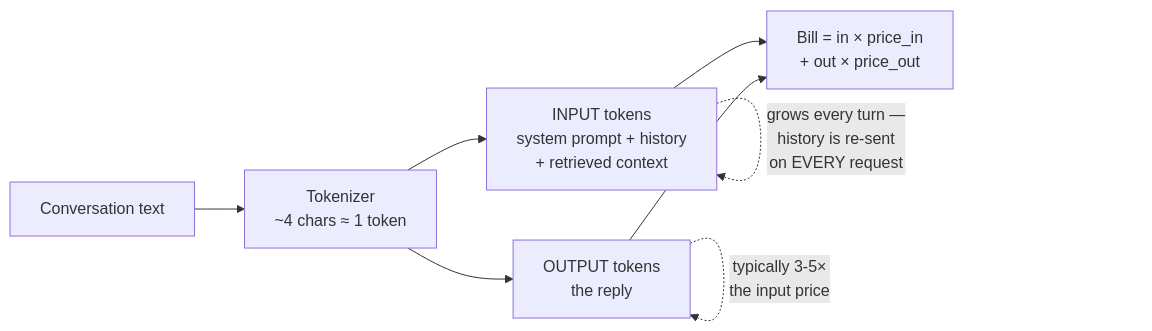
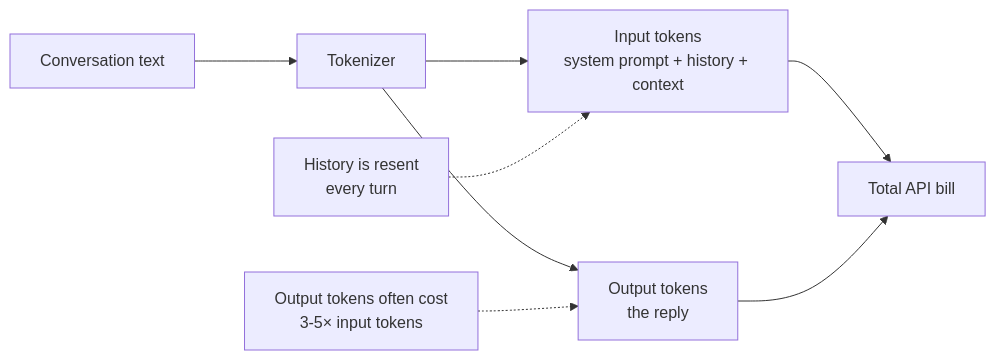
The seventh of 7 diagrams in 2026-2027-Sem1/_shared/tokenization.md (sanjaykumarpushadapu/MTech), drawn with Mermaid before and after one commit. The commit also changed other lines of this file, not shown here.

````diff
--- a/2026-2027-Sem1/_shared/tokenization.md
+++ b/2026-2027-Sem1/_shared/tokenization.md
@@ -471,10 +475,10 @@
 ```mermaid
 flowchart LR
-    TXT["Conversation text"] --> TK["Tokenizer<br/>~4 chars ≈ 1 token"]
-    TK --> IN["INPUT tokens<br/>system prompt + history<br/>+ retrieved context"]
-    TK --> OUT["OUTPUT tokens<br/>the reply"]
-    IN --> BILL["Bill = in × price_in<br/>+ out × price_out"]
-    OUT --> BILL
-    IN -.->|"grows every turn —<br/>history is re-sent<br/>on EVERY request"| IN
-    OUT -.->|"typically 3-5×<br/>the input price"| OUT
+    TXT["Conversation text"] --> TK["Tokenizer"]
+    TK --> IN["Input tokens<br/>system prompt + history + context"]
+    TK --> OUT["Output tokens<br/>the reply"]
+    IN --> COST["Total API bill"]
+    OUT --> COST
+    H["History is resent<br/>every turn"] -.-> IN
+    P["Output tokens often cost<br/>3-5× input tokens"] -.-> OUT
 ```
````
